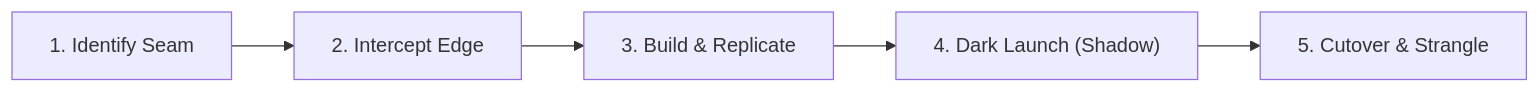
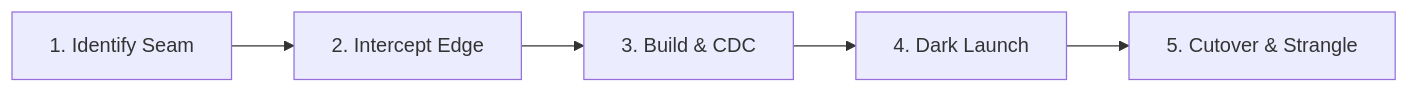
Before and after one commit to weaponxwolf/backend-engineering-mastry: the fourth of 6 diagrams in docs/advanced/microservices-from-monolith.mdx, drawn with Mermaid. The commit also changed other lines of this file and 16 other files, not shown here.

````diff
--- a/docs/advanced/microservices-from-monolith.mdx
+++ b/docs/advanced/microservices-from-monolith.mdx
@@ -70,7 +134,7 @@
 ```mermaid
 flowchart LR
     P1["1. Identify Seam"] --> P2["2. Intercept Edge"]
-    P2 --> P3["3. Build & Replicate"]
-    P3 --> P4["4. Dark Launch (Shadow)"]
+    P2 --> P3["3. Build & CDC"]
+    P3 --> P4["4. Dark Launch"]
     P4 --> P5["5. Cutover & Strangle"]
 ```
````
